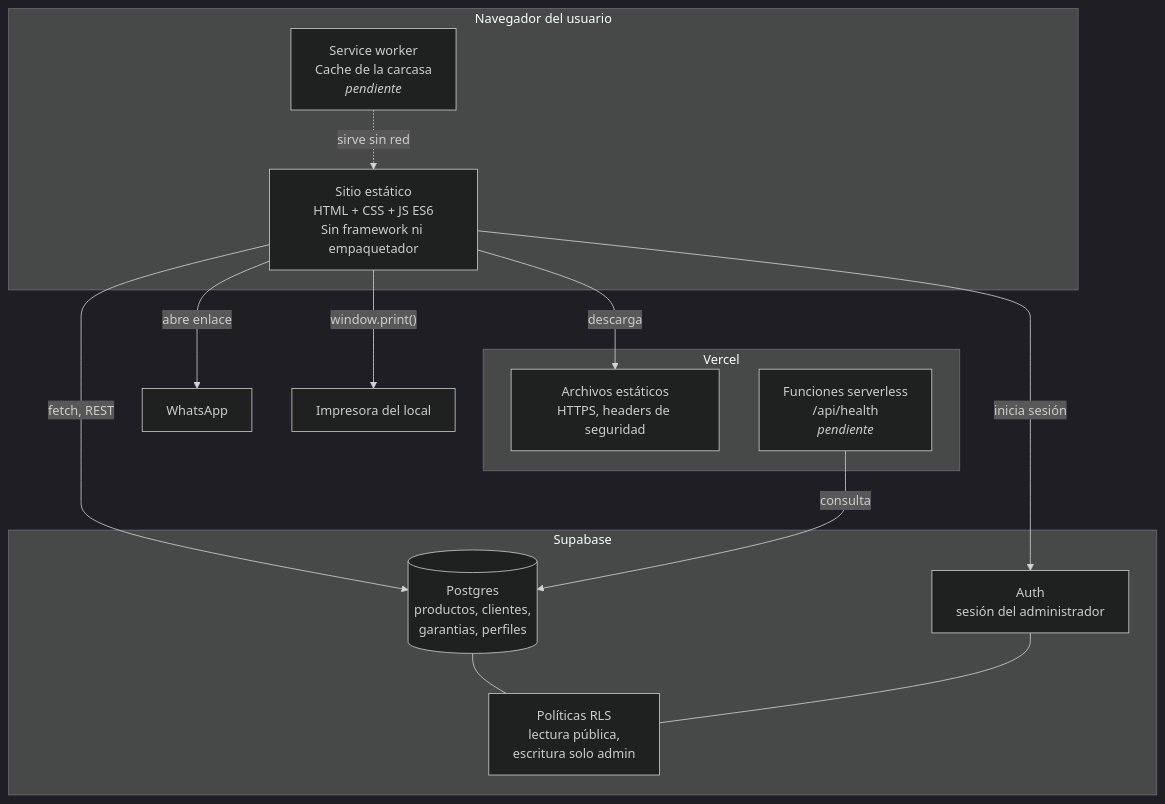
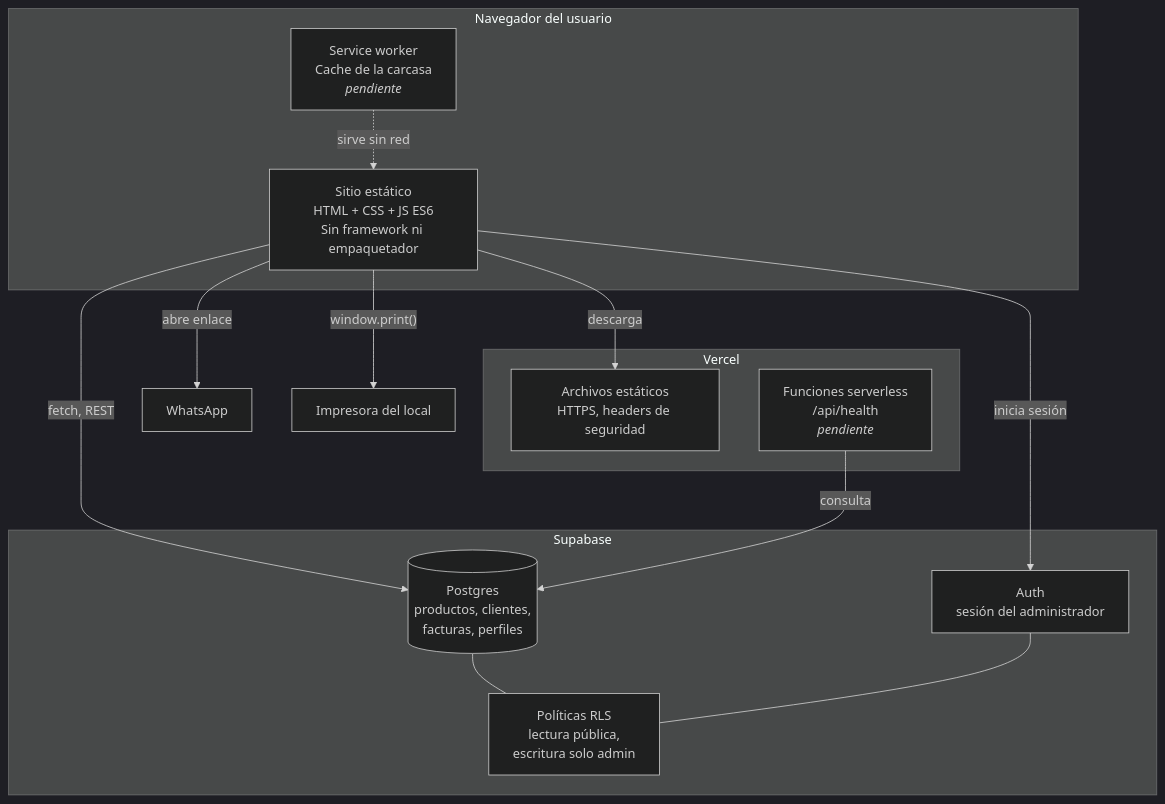
The second of 4 diagrams in docs/arquitectura.md (michaelsalgado085-rgb/dazzan-technology-web), drawn with Mermaid (dark theme) before and after one commit. The commit also changed other lines of this file and 2 other files, not shown here.

First line of the commit message:
docs(arquitectura): corregir el contexto, el sistema emite facturas

````diff
--- a/docs/arquitectura.md
+++ b/docs/arquitectura.md
@@ -63,31 +62,31 @@
 ```mermaid
 flowchart TB
   subgraph navegador["Navegador del usuario"]
     spa["Sitio estático<br/>HTML + CSS + JS ES6<br/>Sin framework ni empaquetador"]
     sw["Service worker<br/>Cache de la carcasa<br/><i>pendiente</i>"]
   end
 
   subgraph vercel["Vercel"]
     cdn["Archivos estáticos<br/>HTTPS, headers de seguridad"]
     api["Funciones serverless<br/>/api/health<br/><i>pendiente</i>"]
   end
 
   subgraph sb["Supabase"]
-    pg[("Postgres<br/>productos, clientes,<br/>garantias, perfiles")]
+    pg[("Postgres<br/>productos, clientes,<br/>facturas, perfiles")]
     auth["Auth<br/>sesión del administrador"]
     rls["Políticas RLS<br/>lectura pública,<br/>escritura solo admin"]
   end
 
   wa["WhatsApp"]
   imp["Impresora del local"]
 
   spa -->|descarga| cdn
   spa -->|"fetch, REST"| pg
   spa -->|"inicia sesión"| auth
   spa -->|"abre enlace"| wa
   spa -->|"window.print()"| imp
   sw -.->|"sirve sin red"| spa
   api -->|consulta| pg
   pg --- rls
   auth --- rls
 ```
````
